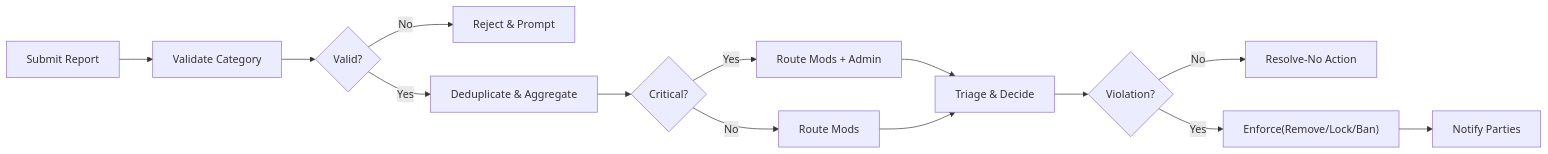
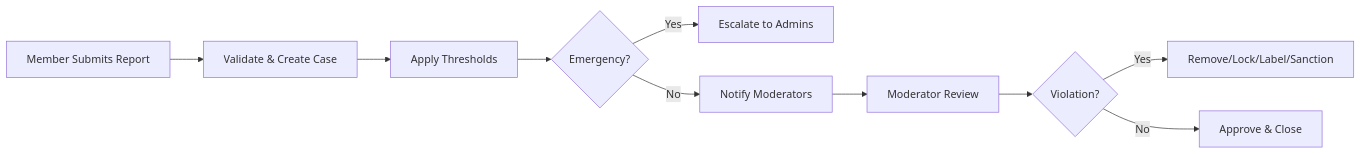
Before and after one commit to wrtnlabs/autobe-examples: the fourth of 4 diagrams in openai/gpt-5/reddit/docs/analysis/00-toc.md, drawn with Mermaid. The commit also changed other lines of this file and 16146 other files, not shown here.

````diff
--- a/openai/gpt-5/reddit/docs/analysis/00-toc.md
+++ b/openai/gpt-5/reddit/docs/analysis/00-toc.md
@@ -253,16 +151,12 @@
 ```mermaid
 graph LR
-  A["Submit Report"] --> B["Validate Category"]
-  B --> C{"Valid?"}
-  C -->|"No"| D["Reject & Prompt"]
-  C -->|"Yes"| E["Deduplicate & Aggregate"]
-  E --> F{"Critical?"}
-  F -->|"Yes"| G["Route Mods + Admin"]
-  F -->|"No"| H["Route Mods"]
-  G --> I["Triage & Decide"]
-  H --> I
-  I --> J{"Violation?"}
-  J -->|"No"| K["Resolve-No Action"]
-  J -->|"Yes"| L["Enforce(Remove/Lock/Ban)"]
-  L --> M["Notify Parties"]
+  A["Member Submits Report"] --> B["Validate & Create Case"]
+  B --> C["Apply Thresholds"]
+  C --> D{"Emergency?"}
+  D -->|"Yes"| E["Escalate to Admins"]
+  D -->|"No"| F["Notify Moderators"]
+  F --> G["Moderator Review"]
+  G --> H{"Violation?"}
+  H -->|"Yes"| I["Remove/Lock/Label/Sanction"]
+  H -->|"No"| J["Approve & Close"]
 ```
````
